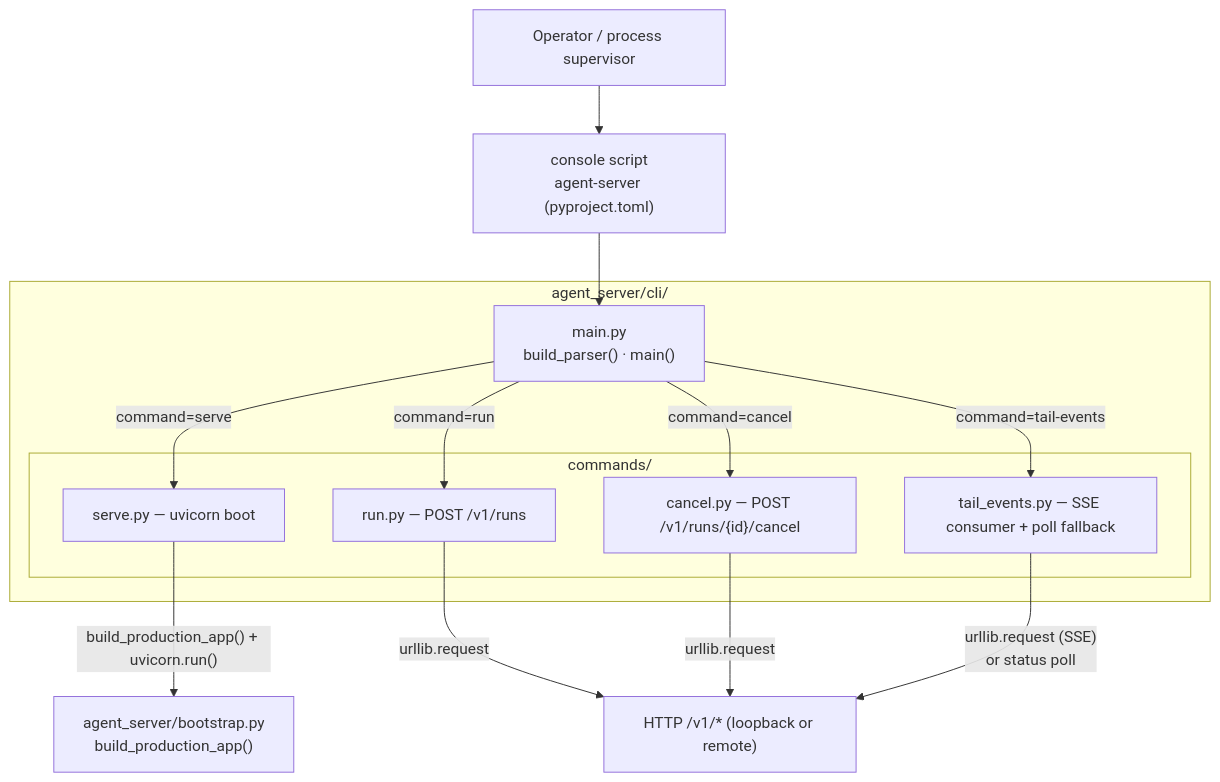
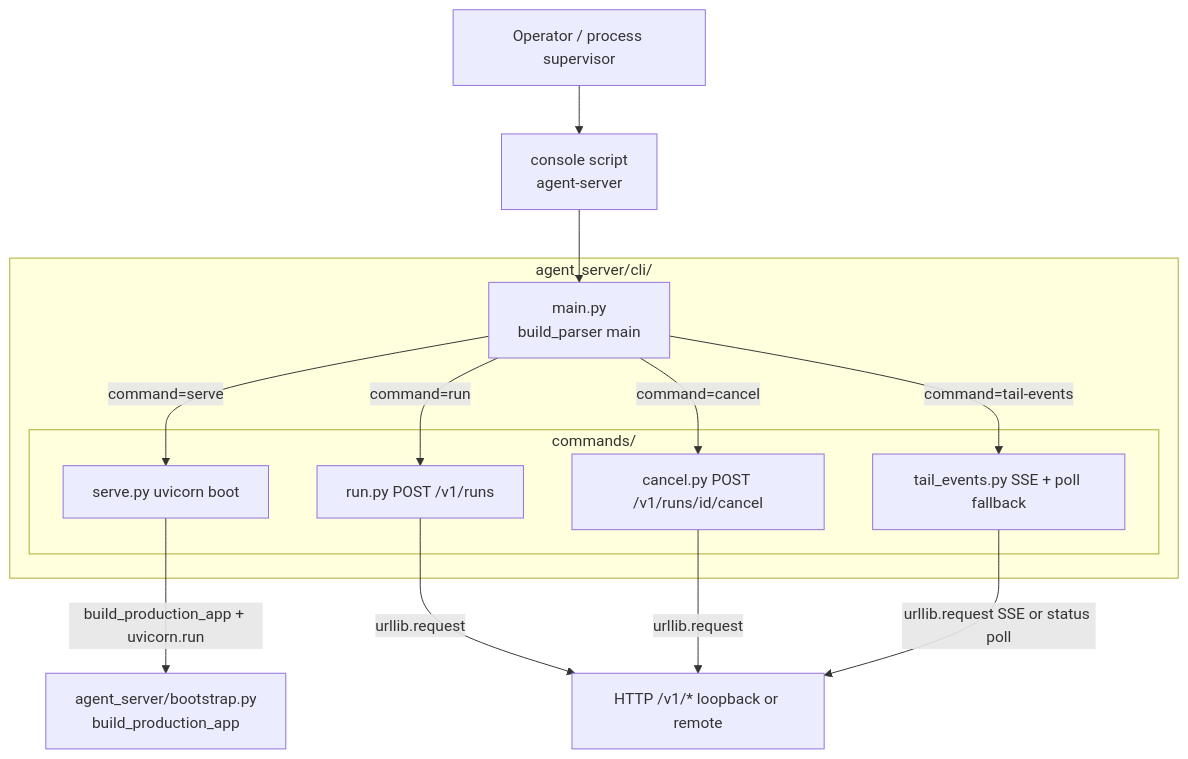
The first of 3 diagrams in agent_server/cli/ARCHITECTURE.md (chaosxingxc-orion/hi-agent), drawn with Mermaid before and after one commit. The commit also changed other lines of this file and 9 other files, not shown here.

````diff
--- a/agent_server/cli/ARCHITECTURE.md
+++ b/agent_server/cli/ARCHITECTURE.md
@@ -65,30 +46,30 @@
 ```mermaid
 graph TD
-    USER["Operator / process supervisor"]
-    SCRIPT["console script<br/>agent-server (pyproject.toml)"]
+    USER[Operator / process supervisor]
+    SCRIPT[console script<br/>agent-server]
 
-    subgraph CLI["agent_server/cli/"]
-        MAIN["main.py<br/>build_parser() · main()"]
-        subgraph CMDS["commands/"]
-            SERVE["serve.py — uvicorn boot"]
-            RUN["run.py — POST /v1/runs"]
-            CANCEL["cancel.py — POST /v1/runs/{id}/cancel"]
-            TAIL["tail_events.py — SSE consumer + poll fallback"]
+    subgraph CLI[agent_server/cli/]
+        MAIN[main.py<br/>build_parser main]
+        subgraph CMDS[commands/]
+            SERVE[serve.py uvicorn boot]
+            RUN[run.py POST /v1/runs]
+            CANCEL[cancel.py POST /v1/runs/id/cancel]
+            TAIL[tail_events.py SSE + poll fallback]
         end
     end
 
-    BS["agent_server/bootstrap.py<br/>build_production_app()"]
-    HTTP_API["HTTP /v1/* (loopback or remote)"]
+    BS[agent_server/bootstrap.py<br/>build_production_app]
+    HTTP_API[HTTP /v1/* loopback or remote]
 
     USER --> SCRIPT
     SCRIPT --> MAIN
-    MAIN -->|"command=serve"| SERVE
-    MAIN -->|"command=run"| RUN
-    MAIN -->|"command=cancel"| CANCEL
-    MAIN -->|"command=tail-events"| TAIL
+    MAIN -->|command=serve| SERVE
+    MAIN -->|command=run| RUN
+    MAIN -->|command=cancel| CANCEL
+    MAIN -->|command=tail-events| TAIL
 
-    SERVE -->|"build_production_app() + uvicorn.run()"| BS
-    RUN -->|"urllib.request"| HTTP_API
-    CANCEL -->|"urllib.request"| HTTP_API
-    TAIL -->|"urllib.request (SSE)<br/>or status poll"| HTTP_API
+    SERVE -->|build_production_app + uvicorn.run| BS
+    RUN -->|urllib.request| HTTP_API
+    CANCEL -->|urllib.request| HTTP_API
+    TAIL -->|urllib.request SSE or status poll| HTTP_API
 ```
````
